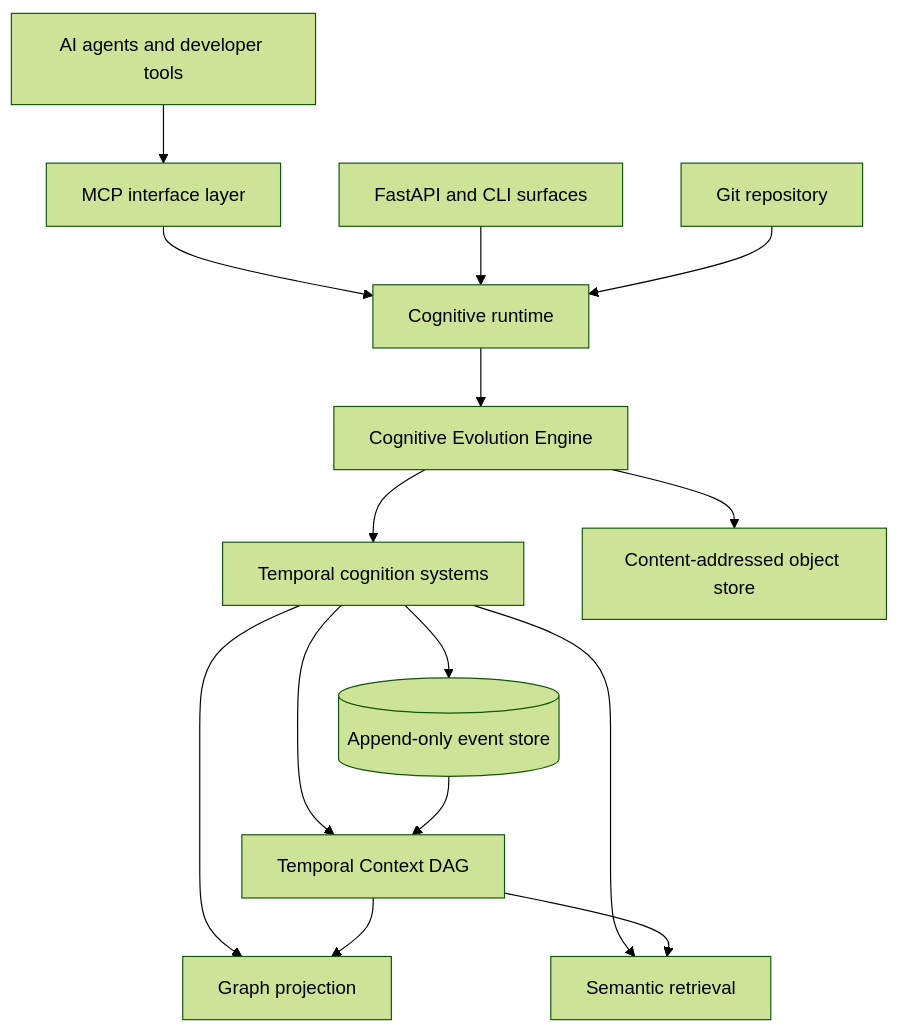
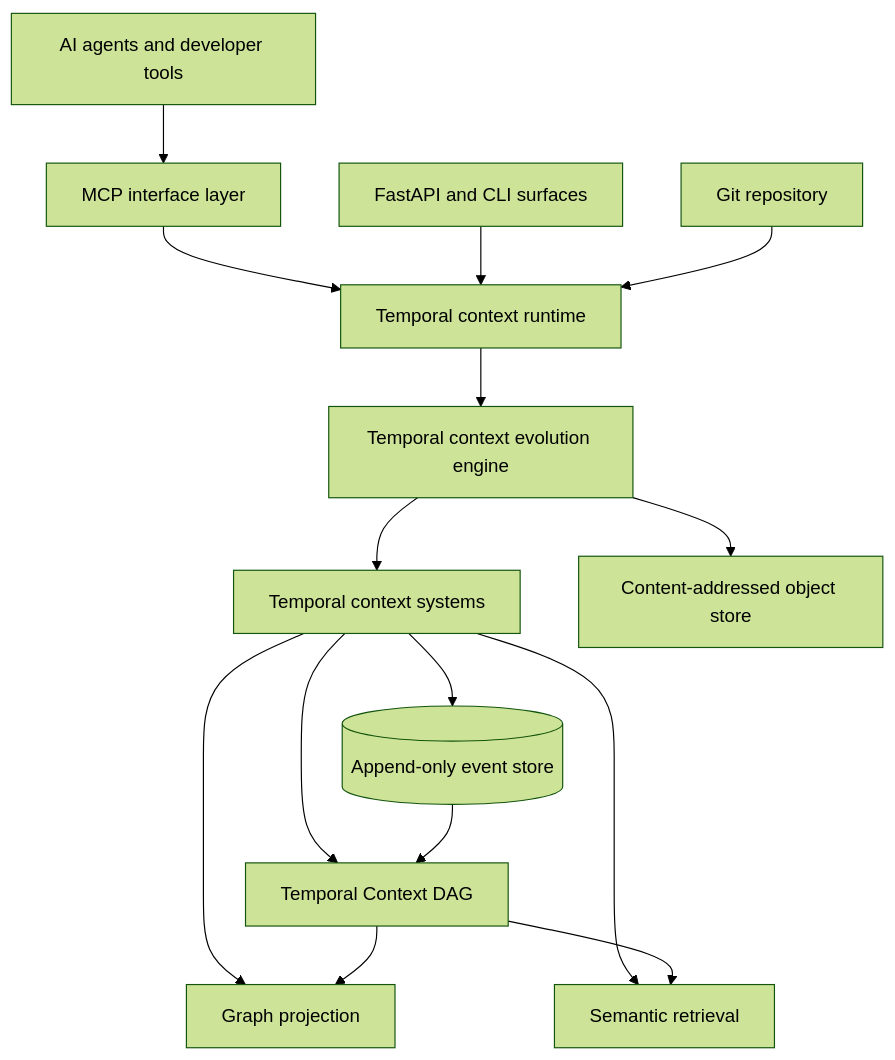
Before and after one commit to saahilpal/synapse: the diagram in README.md, drawn with Mermaid (forest theme). The commit also changed other lines of this file and 7 other files, not shown here.

Commit message:
refactor(architecture): converge terminology around temporal context substrate

````diff
--- a/README.md
+++ b/README.md
@@ -17,30 +17,30 @@
 ```mermaid
 flowchart TD
     Agent[AI agents and developer tools]
     MCP[MCP interface layer]
     API[FastAPI and CLI surfaces]
-    Runtime[Cognitive runtime]
-    Evolution[Cognitive Evolution Engine]
-    Temporal[Temporal cognition systems]
+    Runtime[Temporal context runtime]
+    Evolution[Temporal context evolution engine]
+    Temporal[Temporal context systems]
     Events[(Append-only event store)]
     DAG[Temporal Context DAG]
     Graph[Graph projection]
     Vector[Semantic retrieval]
     Objects[Content-addressed object store]
     Git[Git repository]
 
     Agent --> MCP
     MCP --> Runtime
     API --> Runtime
     Git --> Runtime
     Runtime --> Evolution
     Evolution --> Temporal
     Temporal --> Events
     Temporal --> DAG
     Temporal --> Graph
     Temporal --> Vector
     Evolution --> Objects
     Events --> DAG
     DAG --> Graph
     DAG --> Vector
 ```
````
